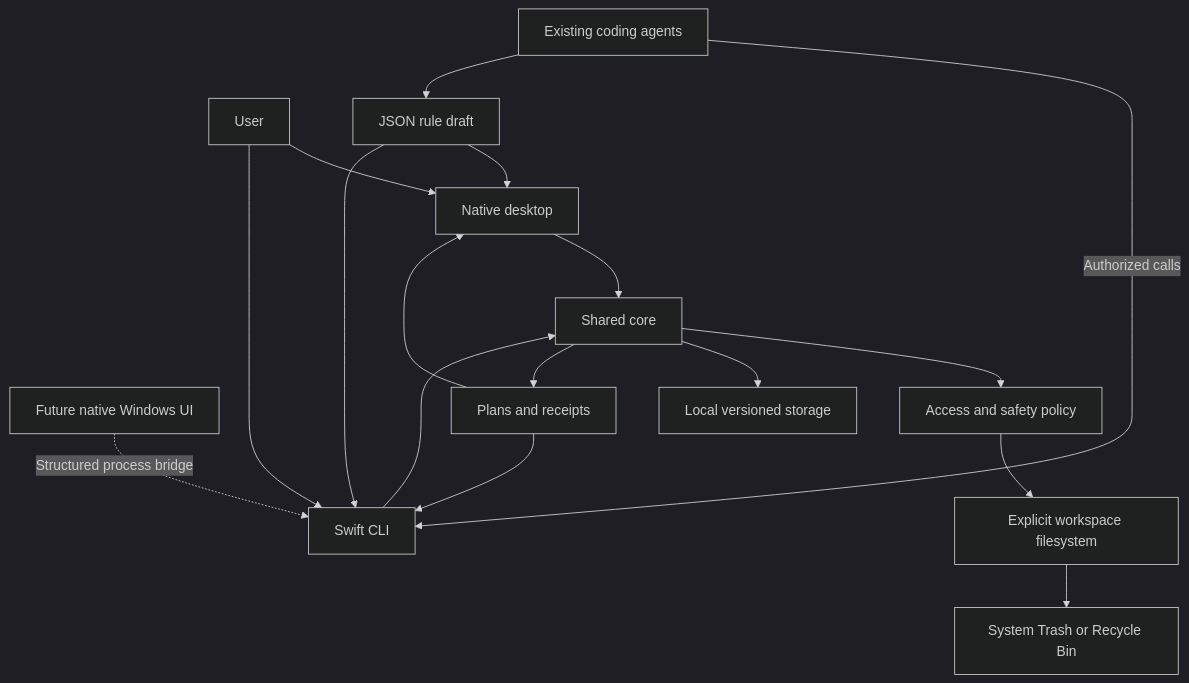
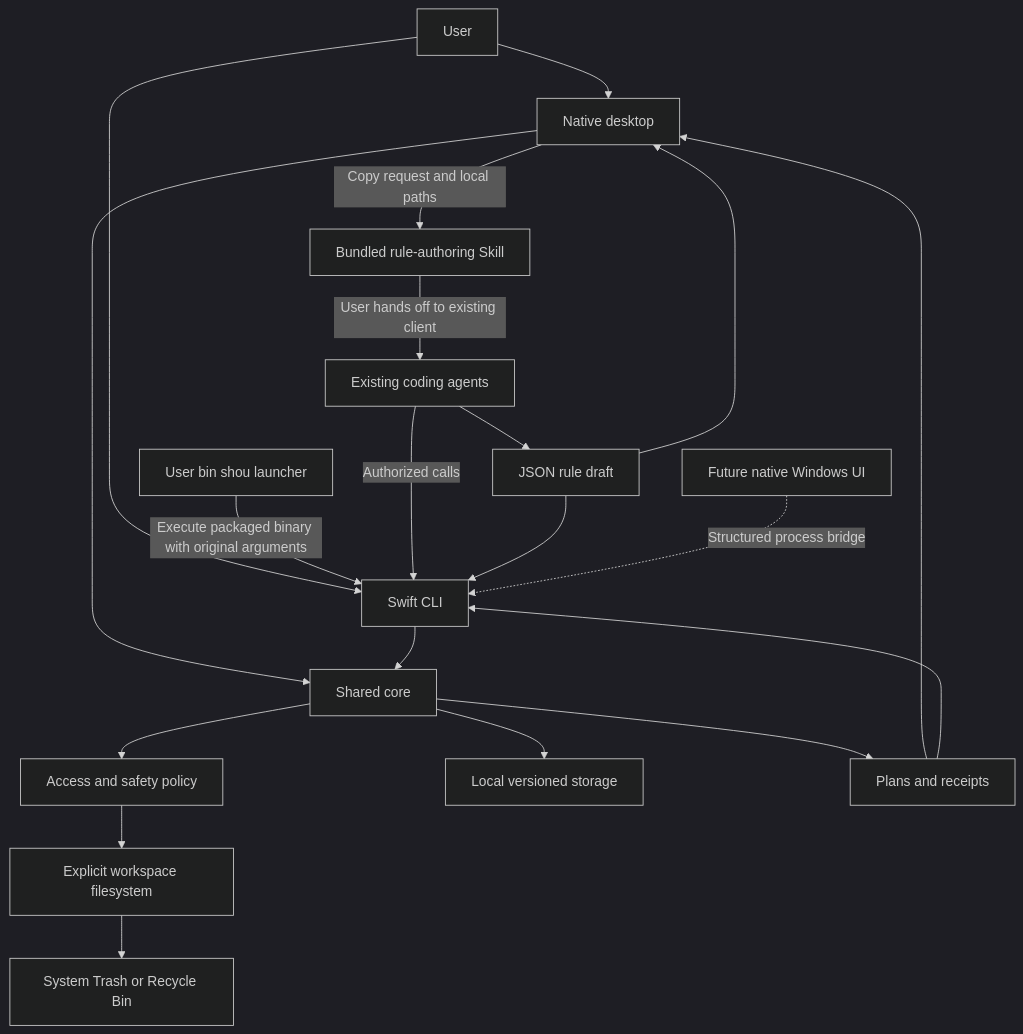
The first of 5 diagrams in docs/architecture/system-design.md (limecloud/shou), drawn with Mermaid (dark theme) before and after one commit. The commit also changed other lines of this file and 99 other files, not shown here.

````diff
--- a/docs/architecture/system-design.md
+++ b/docs/architecture/system-design.md
@@ -15,19 +17,22 @@
 ```mermaid
 flowchart TB
     User[User] --> GUI[Native desktop]
     User --> CLI[Swift CLI]
+    Terminal[User bin shou launcher] -->|Execute packaged binary with original arguments| CLI
+    GUI -->|Copy request and local paths| Skill[Bundled rule-authoring Skill]
+    Skill -->|User hands off to existing client| Agents
     Agents[Existing coding agents] -->|Authorized calls| CLI
     Agents --> Draft[JSON rule draft]
     Draft --> GUI
     Draft --> CLI
     GUI --> Core[Shared core]
     CLI --> Core
     Windows[Future native Windows UI] -.Structured process bridge.-> CLI
     Core --> Policy[Access and safety policy]
     Core --> Store[Local versioned storage]
     Policy --> FS[Explicit workspace filesystem]
     FS --> Trash[System Trash or Recycle Bin]
     Core --> Results[Plans and receipts]
     Results --> GUI
     Results --> CLI
 ```
````
